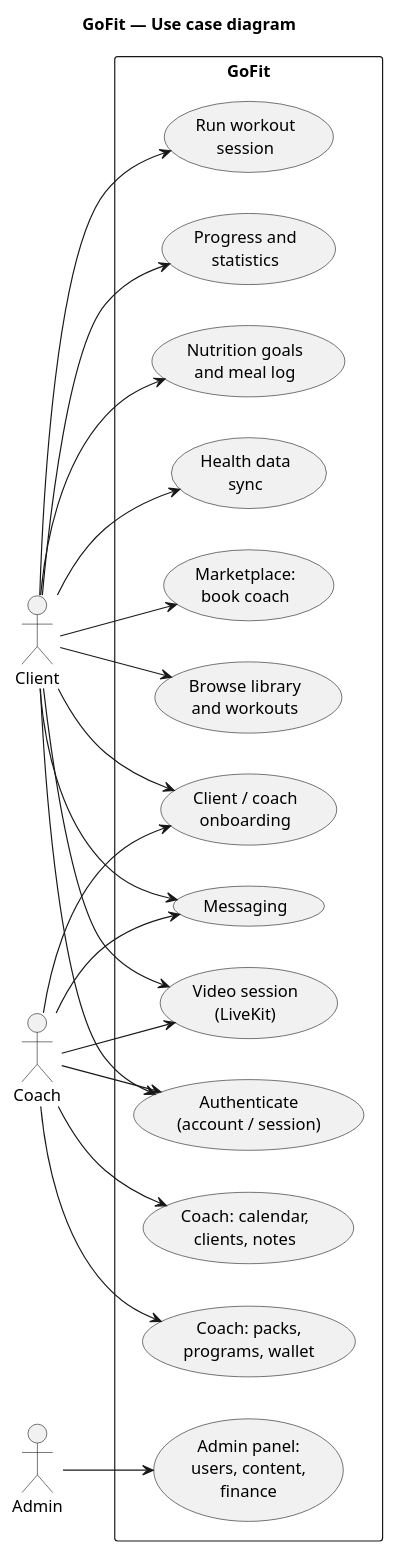
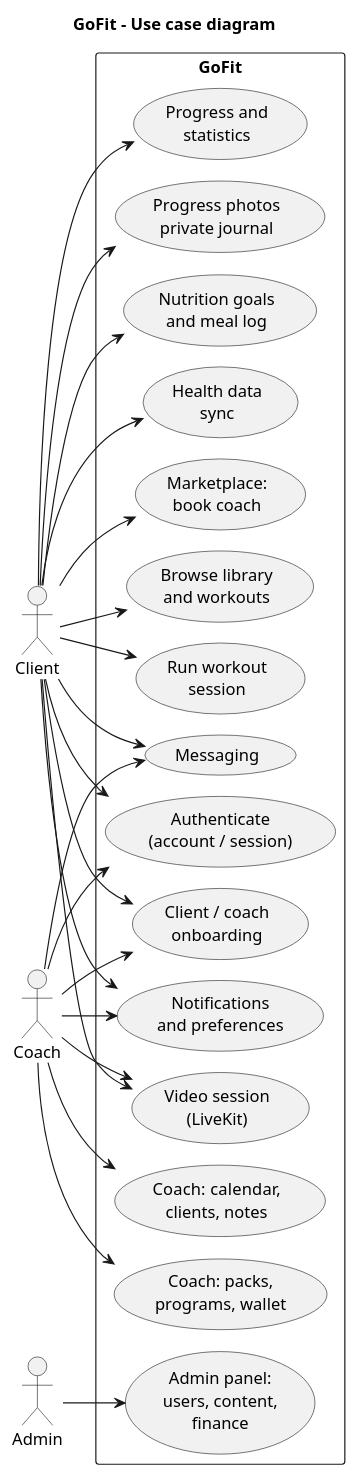
One commit to yessineblanco/GoFitFull changed the diagram in docs/diagrams/gofit-use-cases.puml. Above: the diagram before and after it, drawn with PlantUML. The commit also changed 17 other files, not shown here.

First line of the commit message:
feat: update diagrams and settings for improved visualization and functionality

```diff
--- a/docs/diagrams/gofit-use-cases.puml
+++ b/docs/diagrams/gofit-use-cases.puml
@@ -1,45 +1,51 @@
 @startuml GoFit_UseCases
-title GoFit — Use case diagram
+!pragma layout smetana
+title GoFit - Use case diagram
 left to right direction
 
 actor Client
 actor Coach
 actor Admin
 
 rectangle "GoFit" {
   usecase UC_Auth as "Authenticate\n(account / session)"
   usecase UC_Onboard as "Client / coach\nonboarding"
   usecase UC_Workout as "Browse library\nand workouts"
   usecase UC_Session as "Run workout\nsession"
   usecase UC_Prog as "Progress and\nstatistics"
+  usecase UC_Photos as "Progress photos\nprivate journal"
   usecase UC_Nutri as "Nutrition goals\nand meal log"
   usecase UC_Health as "Health data\nsync"
+  usecase UC_Notif as "Notifications\nand preferences"
   usecase UC_Mkt as "Marketplace:\nbook coach"
   usecase UC_Chat as "Messaging"
   usecase UC_Video as "Video session\n(LiveKit)"
   usecase UC_CoachBiz as "Coach: packs,\nprograms, wallet"
   usecase UC_CoachOps as "Coach: calendar,\nclients, notes"
   usecase UC_Admin as "Admin panel:\nusers, content,\nfinance"
 }
 
 Client --> UC_Auth
 Client --> UC_Onboard
 Client --> UC_Workout
 Client --> UC_Session
 Client --> UC_Prog
+Client --> UC_Photos
 Client --> UC_Nutri
 Client --> UC_Health
+Client --> UC_Notif
 Client --> UC_Mkt
 Client --> UC_Chat
 Client --> UC_Video
 
 Coach --> UC_Auth
 Coach --> UC_Onboard
 Coach --> UC_CoachBiz
 Coach --> UC_CoachOps
 Coach --> UC_Chat
+Coach --> UC_Notif
 Coach --> UC_Video
 
 Admin --> UC_Admin
 
 @enduml
```
